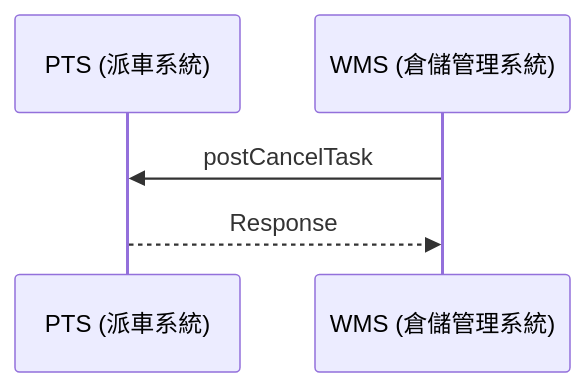
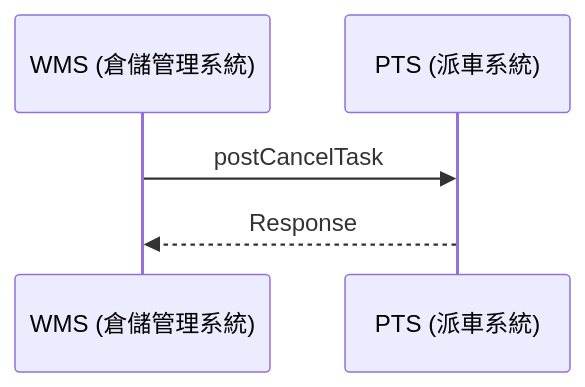
One commit to athena-tircgo/amr-wms-lsj changed the third of 9 diagrams in README.md. Above: the diagram before and after it, drawn with Mermaid. The commit also changed other lines of this file, not shown here.

````diff
--- a/README.md
+++ b/README.md
@@ -186,9 +186,10 @@
 ```mermaid
 sequenceDiagram
-    participant PTS as PTS (派車系統)
-    participant WMS as WMS (倉儲管理系統)
+participant WMS as WMS (倉儲管理系統)
+participant PTS as PTS (派車系統)
+    
 
         WMS->>PTS: postCancelTask
         PTS-->>WMS: Response 
 
 ```
````
